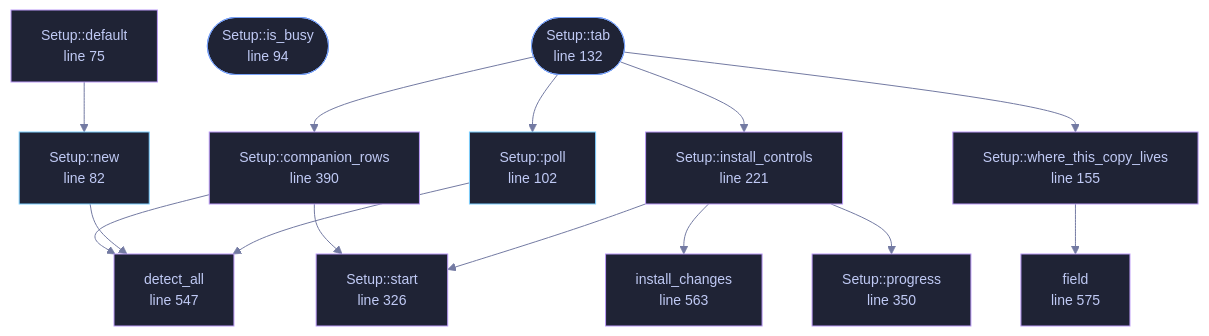
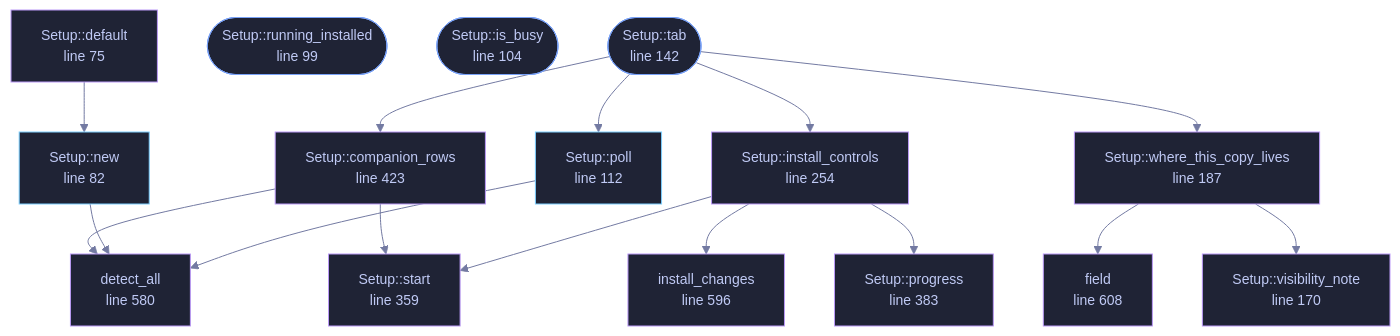
Before and after one commit to tilas01/veilvoice: the diagram in docs/files/veilvoice-gui/setup.md, drawn with Mermaid. The commit also changed other lines of this file and 26 other files, not shown here.

First line of the commit message:
install: a tab a portable copy needs and an installed one cannot mean

````diff
--- a/docs/files/veilvoice-gui/setup.md
+++ b/docs/files/veilvoice-gui/setup.md
@@ -98,49 +99,54 @@
 ```mermaid
 %%{init: {"theme":"base","themeVariables":{"background":"#1a1b26","primaryColor":"#1f2335","primaryTextColor":"#c0caf5","primaryBorderColor":"#7aa2f7","secondaryColor":"#16161e","tertiaryColor":"#16161e","lineColor":"#737aa2","textColor":"#c0caf5","mainBkg":"#1f2335","nodeBorder":"#7aa2f7","clusterBkg":"#16161e","clusterBorder":"#2f3549","fontFamily":"ui-monospace, SFMono-Regular, Consolas, monospace","fontSize":"14px"}}}%%
 flowchart TD
     n_default["Setup::default<br/>line 75"]
     n_new["Setup::new<br/>line 82"]
-    n_is_busy(["Setup::is_busy<br/>line 94"])
-    n_poll["Setup::poll<br/>line 102"]
-    n_tab(["Setup::tab<br/>line 132"])
-    n_where_this_copy_lives["Setup::where_this_copy_lives<br/>line 155"]
-    n_install_controls["Setup::install_controls<br/>line 221"]
-    n_start["Setup::start<br/>line 326"]
-    n_progress["Setup::progress<br/>line 350"]
-    n_companion_rows["Setup::companion_rows<br/>line 390"]
-    n_detect_all["detect_all<br/>line 547"]
-    n_install_changes["install_changes<br/>line 563"]
-    n_field["field<br/>line 575"]
+    n_running_installed(["Setup::running_installed<br/>line 99"])
+    n_is_busy(["Setup::is_busy<br/>line 104"])
+    n_poll["Setup::poll<br/>line 112"]
+    n_tab(["Setup::tab<br/>line 142"])
+    n_visibility_note["Setup::visibility_note<br/>line 170"]
+    n_where_this_copy_lives["Setup::where_this_copy_lives<br/>line 187"]
+    n_install_controls["Setup::install_controls<br/>line 254"]
+    n_start["Setup::start<br/>line 359"]
+    n_progress["Setup::progress<br/>line 383"]
+    n_companion_rows["Setup::companion_rows<br/>line 423"]
+    n_detect_all["detect_all<br/>line 580"]
+    n_install_changes["install_changes<br/>line 596"]
+    n_field["field<br/>line 608"]
     n_companion_rows --> n_detect_all
     n_companion_rows --> n_start
     n_default --> n_new
     n_install_controls --> n_install_changes
     n_install_controls --> n_progress
     n_install_controls --> n_start
     n_new --> n_detect_all
     n_poll --> n_detect_all
     n_tab --> n_companion_rows
     n_tab --> n_install_controls
     n_tab --> n_poll
     n_tab --> n_where_this_copy_lives
     n_where_this_copy_lives --> n_field
+    n_where_this_copy_lives --> n_visibility_note
     click n_default href "https://github.com/tilas01/veilvoice/blob/main/crates/veilvoice-gui/src/setup.rs#L75" "open the source"
     click n_new href "https://github.com/tilas01/veilvoice/blob/main/crates/veilvoice-gui/src/setup.rs#L82" "open the source"
-    click n_is_busy href "https://github.com/tilas01/veilvoice/blob/main/crates/veilvoice-gui/src/setup.rs#L94" "open the source"
-    click n_poll href "https://github.com/tilas01/veilvoice/blob/main/crates/veilvoice-gui/src/setup.rs#L102" "open the source"
-    click n_tab href "https://github.com/tilas01/veilvoice/blob/main/crates/veilvoice-gui/src/setup.rs#L132" "open the source"
-    click n_where_this_copy_lives href "https://github.com/tilas01/veilvoice/blob/main/crates/veilvoice-gui/src/setup.rs#L155" "open the source"
-    click n_install_controls href "https://github.com/tilas01/veilvoice/blob/main/crates/veilvoice-gui/src/setup.rs#L221" "open the source"
-    click n_start href "https://github.com/tilas01/veilvoice/blob/main/crates/veilvoice-gui/src/setup.rs#L326" "open the source"
-    click n_progress href "https://github.com/tilas01/veilvoice/blob/main/crates/veilvoice-gui/src/setup.rs#L350" "open the source"
-    click n_companion_rows href "https://github.com/tilas01/veilvoice/blob/main/crates/veilvoice-gui/src/setup.rs#L390" "open the source"
-    click n_detect_all href "https://github.com/tilas01/veilvoice/blob/main/crates/veilvoice-gui/src/setup.rs#L547" "open the source"
-    click n_install_changes href "https://github.com/tilas01/veilvoice/blob/main/crates/veilvoice-gui/src/setup.rs#L563" "open the source"
-    click n_field href "https://github.com/tilas01/veilvoice/blob/main/crates/veilvoice-gui/src/setup.rs#L575" "open the source"
+    click n_running_installed href "https://github.com/tilas01/veilvoice/blob/main/crates/veilvoice-gui/src/setup.rs#L99" "open the source"
+    click n_is_busy href "https://github.com/tilas01/veilvoice/blob/main/crates/veilvoice-gui/src/setup.rs#L104" "open the source"
+    click n_poll href "https://github.com/tilas01/veilvoice/blob/main/crates/veilvoice-gui/src/setup.rs#L112" "open the source"
+    click n_tab href "https://github.com/tilas01/veilvoice/blob/main/crates/veilvoice-gui/src/setup.rs#L142" "open the source"
+    click n_visibility_note href "https://github.com/tilas01/veilvoice/blob/main/crates/veilvoice-gui/src/setup.rs#L170" "open the source"
+    click n_where_this_copy_lives href "https://github.com/tilas01/veilvoice/blob/main/crates/veilvoice-gui/src/setup.rs#L187" "open the source"
+    click n_install_controls href "https://github.com/tilas01/veilvoice/blob/main/crates/veilvoice-gui/src/setup.rs#L254" "open the source"
+    click n_start href "https://github.com/tilas01/veilvoice/blob/main/crates/veilvoice-gui/src/setup.rs#L359" "open the source"
+    click n_progress href "https://github.com/tilas01/veilvoice/blob/main/crates/veilvoice-gui/src/setup.rs#L383" "open the source"
+    click n_companion_rows href "https://github.com/tilas01/veilvoice/blob/main/crates/veilvoice-gui/src/setup.rs#L423" "open the source"
+    click n_detect_all href "https://github.com/tilas01/veilvoice/blob/main/crates/veilvoice-gui/src/setup.rs#L580" "open the source"
+    click n_install_changes href "https://github.com/tilas01/veilvoice/blob/main/crates/veilvoice-gui/src/setup.rs#L596" "open the source"
+    click n_field href "https://github.com/tilas01/veilvoice/blob/main/crates/veilvoice-gui/src/setup.rs#L608" "open the source"
     classDef entry fill:#1f2335,stroke:#7aa2f7,color:#c0caf5
-    class n_is_busy,n_tab entry
+    class n_running_installed,n_is_busy,n_tab entry
     classDef api fill:#1f2335,stroke:#7dcfff,color:#c0caf5
     class n_new,n_poll api
     classDef helper fill:#1f2335,stroke:#bb9af7,color:#c0caf5
-    class n_default,n_where_this_copy_lives,n_install_controls,n_start,n_progress,n_companion_rows,n_detect_all,n_install_changes,n_field helper
+    class n_default,n_visibility_note,n_where_this_copy_lives,n_install_controls,n_start,n_progress,n_companion_rows,n_detect_all,n_install_changes,n_field helper
 ```
````
